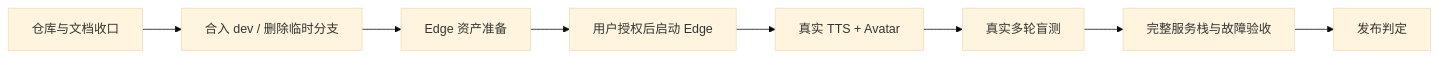
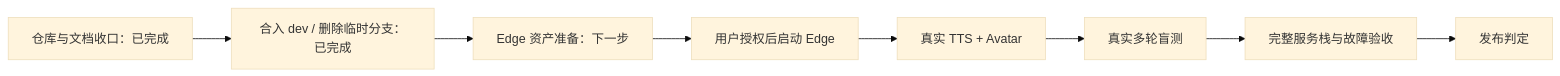
The diagram in docs/30_devspec/NEXT_GENERATION_EVOLUTION_EXECUTION.md (SakuraYoruno/Natsume_Ai), drawn with Mermaid (base theme) before and after one commit. The commit also changed other lines of this file and 6 other files, not shown here.

````diff
--- a/docs/30_devspec/NEXT_GENERATION_EVOLUTION_EXECUTION.md
+++ b/docs/30_devspec/NEXT_GENERATION_EVOLUTION_EXECUTION.md
@@ -25,10 +26,10 @@
 ```mermaid
 flowchart LR
-    A["仓库与文档收口"] --> B["合入 dev / 删除临时分支"]
-    B --> C["Edge 资产准备"]
+    A["仓库与文档收口：已完成"] --> B["合入 dev / 删除临时分支：已完成"]
+    B --> C["Edge 资产准备：下一步"]
     C --> D["用户授权后启动 Edge"]
     D --> E["真实 TTS + Avatar"]
     E --> F["真实多轮盲测"]
     F --> G["完整服务栈与故障验收"]
     G --> H["发布判定"]
 ```
````
